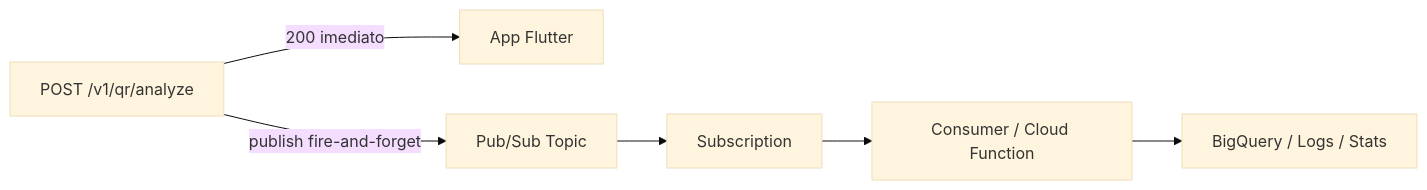
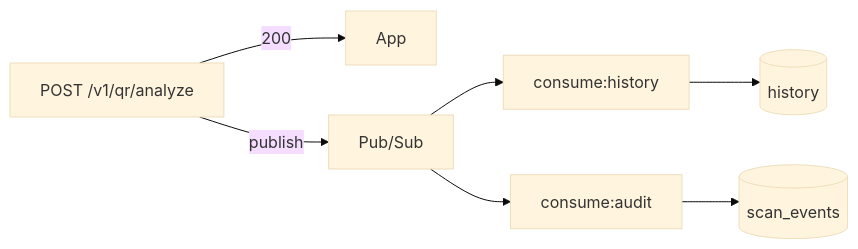
The diagram in safe_qr_back/docs/11-roadmap-evolucao.md (AndreWar10/SafeQR), drawn with Mermaid (base theme) before and after one commit. The commit also changed other lines of this file and 104 other files, not shown here.

````diff
--- a/safe_qr_back/docs/11-roadmap-evolucao.md
+++ b/safe_qr_back/docs/11-roadmap-evolucao.md
@@ -56,9 +56,10 @@
 ```mermaid
 flowchart LR
   API[POST /v1/qr/analyze]
-  API -->|200 imediato| APP[App Flutter]
-  API -->|publish fire-and-forget| PS[Pub/Sub Topic]
-  PS --> SUB[Subscription]
-  SUB --> CON[Consumer / Cloud Function]
-  CON --> BQ[BigQuery / Logs / Stats]
+  API -->|200| APP[App]
+  API -->|publish| PS[Pub/Sub]
+  PS --> H[consume:history]
+  PS --> A[consume:audit]
+  H --> FH[(history)]
+  A --> SE[(scan_events)]
 ```
````
